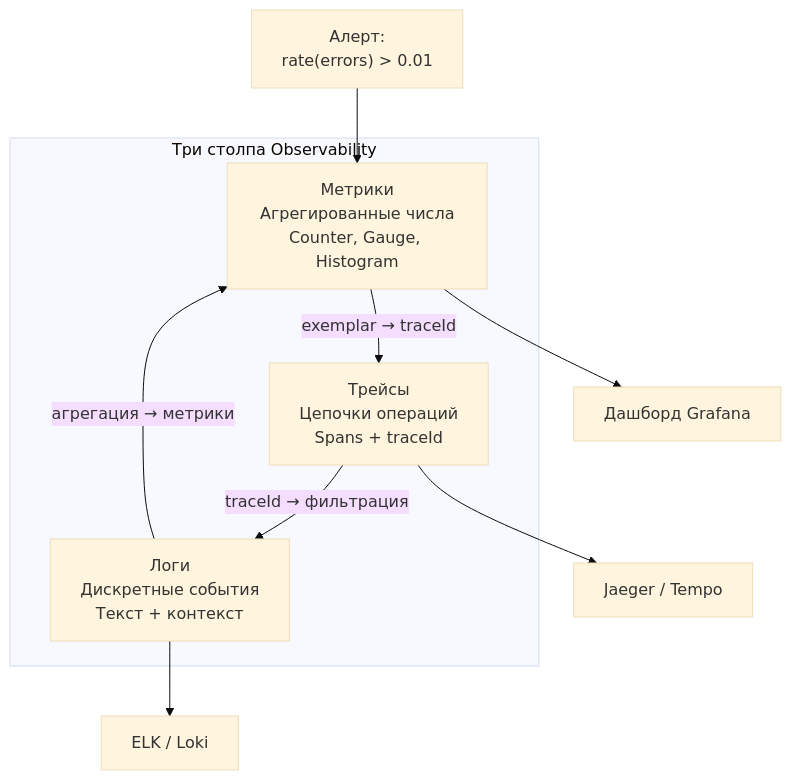
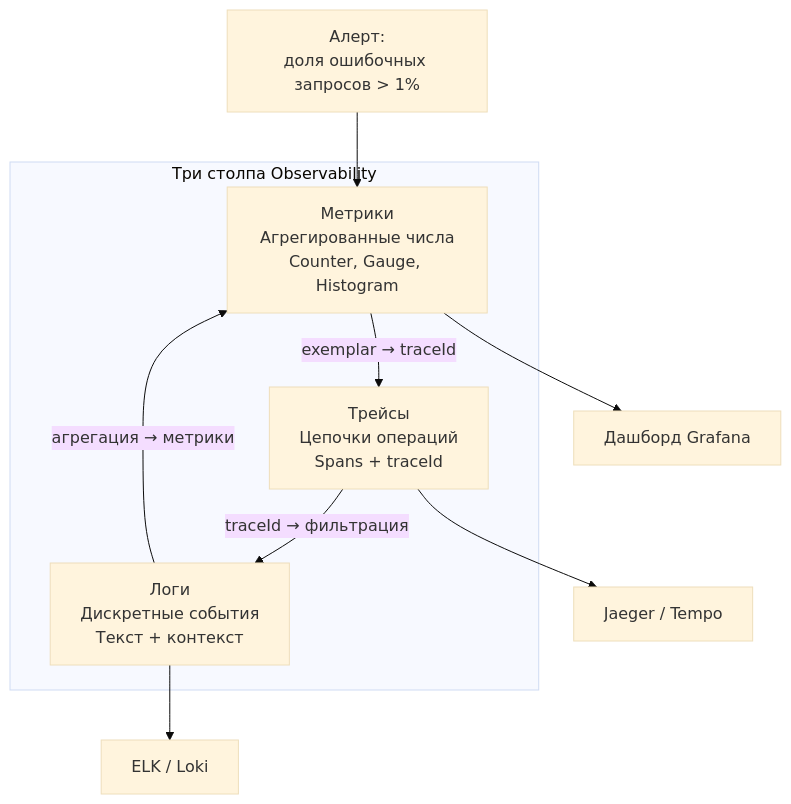
One commit to akeverus/cheat-sheet changed the second of 20 diagrams in cheatsheets/interview/monitoring/metrics-tracing-interview.md. Above: the diagram before and after it, drawn with Mermaid (base theme). The commit also changed other lines of this file and 2 other files, not shown here.

````diff
--- a/cheatsheets/interview/monitoring/metrics-tracing-interview.md
+++ b/cheatsheets/interview/monitoring/metrics-tracing-interview.md
@@ -111,17 +118,17 @@
 ```mermaid
 graph TD
     subgraph "Три столпа Observability"
         M["Метрики<br/>Агрегированные числа<br/>Counter, Gauge, Histogram"]
         L["Логи<br/>Дискретные события<br/>Текст + контекст"]
         T["Трейсы<br/>Цепочки операций<br/>Spans + traceId"]
     end
 
     M -- "exemplar → traceId" --> T
     T -- "traceId → фильтрация" --> L
     L -- "агрегация → метрики" --> M
 
-    A["Алерт:<br/>rate(errors) > 0.01"] --> M
+    A["Алерт:<br/>доля ошибочных запросов > 1%"] --> M
     M --> D["Дашборд Grafana"]
     T --> J["Jaeger / Tempo"]
     L --> E["ELK / Loki"]
 ```
````
